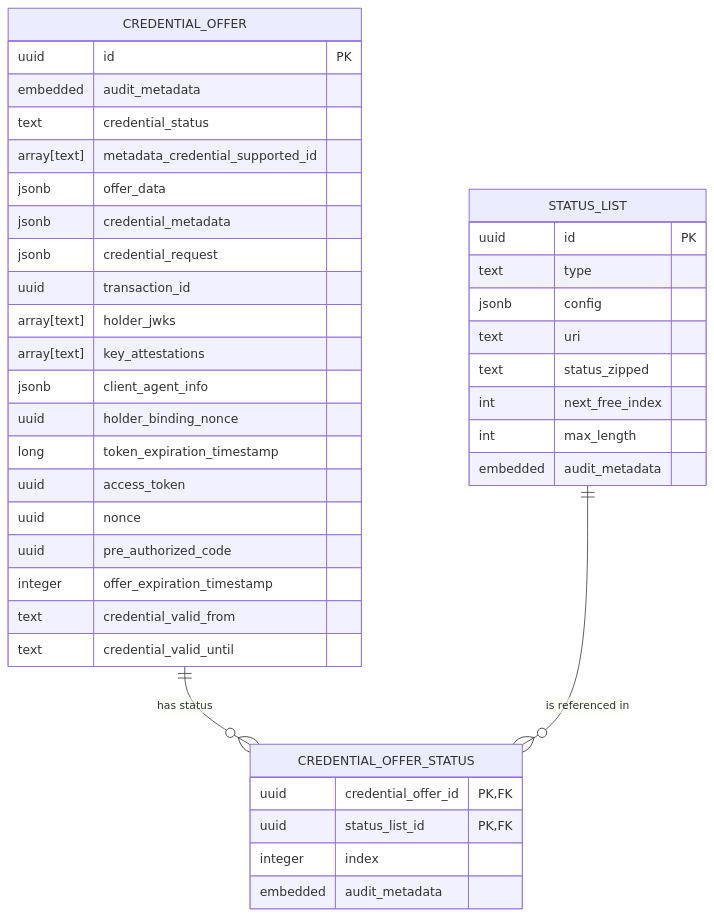
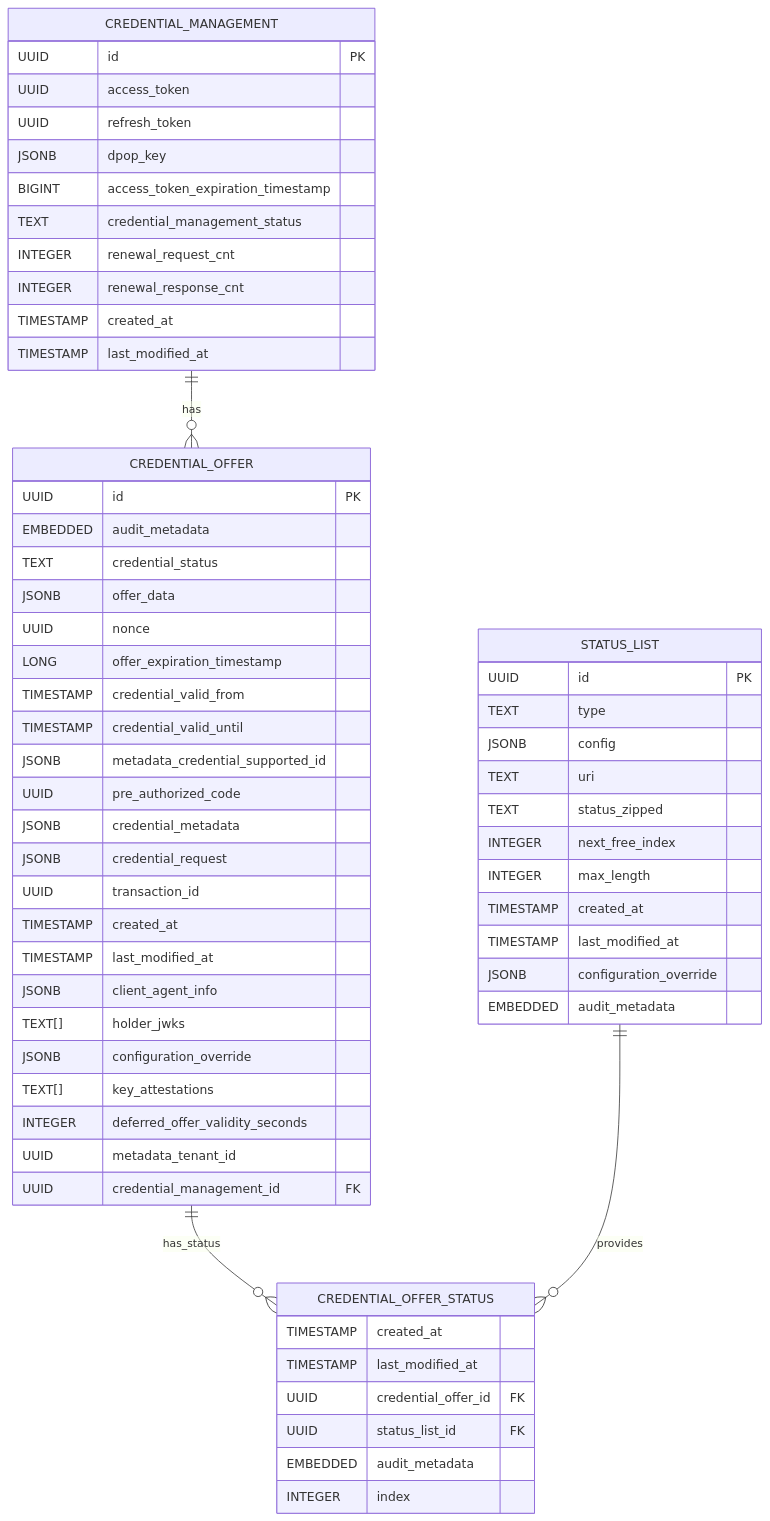
Before and after one commit to swiyu-admin-ch/swiyu-issuer: the third of 6 diagrams in README.md, drawn with Mermaid. The commit also changed other lines of this file and 75 other files, not shown here.

````diff
--- a/README.md
+++ b/README.md
@@ -539,45 +539,67 @@
 ```mermaid
 erDiagram
+    CREDENTIAL_MANAGEMENT {
+        UUID id PK
+        UUID access_token
+        UUID refresh_token
+        JSONB dpop_key
+        BIGINT access_token_expiration_timestamp
+        TEXT credential_management_status
+        INTEGER renewal_request_cnt
+        INTEGER renewal_response_cnt
+        TIMESTAMP created_at
+        TIMESTAMP last_modified_at
+    }
+
     CREDENTIAL_OFFER {
-        uuid id PK
-        embedded audit_metadata
-        text credential_status
-        array[text] metadata_credential_supported_id
-        jsonb offer_data
-        jsonb credential_metadata
-        jsonb credential_request
-        uuid transaction_id
-        array[text] holder_jwks
-        array[text] key_attestations
-        jsonb client_agent_info
-        uuid holder_binding_nonce
-        long token_expiration_timestamp
-        uuid access_token
-        uuid nonce
-        uuid pre_authorized_code
-        integer offer_expiration_timestamp
-        text credential_valid_from
-        text credential_valid_until
+        UUID id PK
+        EMBEDDED audit_metadata
+        TEXT credential_status
+        JSONB offer_data
+        UUID nonce
+        LONG offer_expiration_timestamp
+        TIMESTAMP credential_valid_from
+        TIMESTAMP credential_valid_until
+        JSONB metadata_credential_supported_id
+        UUID pre_authorized_code
+        JSONB credential_metadata
+        JSONB credential_request
+        UUID transaction_id
+        TIMESTAMP created_at
+        TIMESTAMP last_modified_at
+        JSONB client_agent_info
+        TEXT[] holder_jwks
+        JSONB configuration_override
+        TEXT[] key_attestations
+        INTEGER deferred_offer_validity_seconds
+        UUID metadata_tenant_id
+        UUID credential_management_id FK
     }
 
     CREDENTIAL_OFFER_STATUS {
-        uuid credential_offer_id PK, FK
-        uuid status_list_id PK, FK
-        integer index
-        embedded audit_metadata
+        TIMESTAMP created_at
+        TIMESTAMP last_modified_at
+        UUID credential_offer_id FK
+        UUID status_list_id FK
+        EMBEDDED audit_metadata
+        INTEGER index
     }
 
     STATUS_LIST {
-        uuid id PK
-        text type
-        jsonb config
-        text uri
-        text status_zipped
-        int next_free_index
-        int max_length
-        embedded audit_metadata
+        UUID id PK
+        TEXT type
+        JSONB config
+        TEXT uri
+        TEXT status_zipped
+        INTEGER next_free_index
+        INTEGER max_length
+        TIMESTAMP created_at
+        TIMESTAMP last_modified_at
+        JSONB configuration_override
+        EMBEDDED audit_metadata
     }
 
-    CREDENTIAL_OFFER one to many CREDENTIAL_OFFER_STATUS: "has status"
-    STATUS_LIST one to many CREDENTIAL_OFFER_STATUS: "is referenced in"
+    CREDENTIAL_MANAGEMENT ||--o{ CREDENTIAL_OFFER : "has"
+    CREDENTIAL_OFFER ||--o{ CREDENTIAL_OFFER_STATUS : "has_status"
+    STATUS_LIST ||--o{ CREDENTIAL_OFFER_STATUS : "provides"
 ```
````
